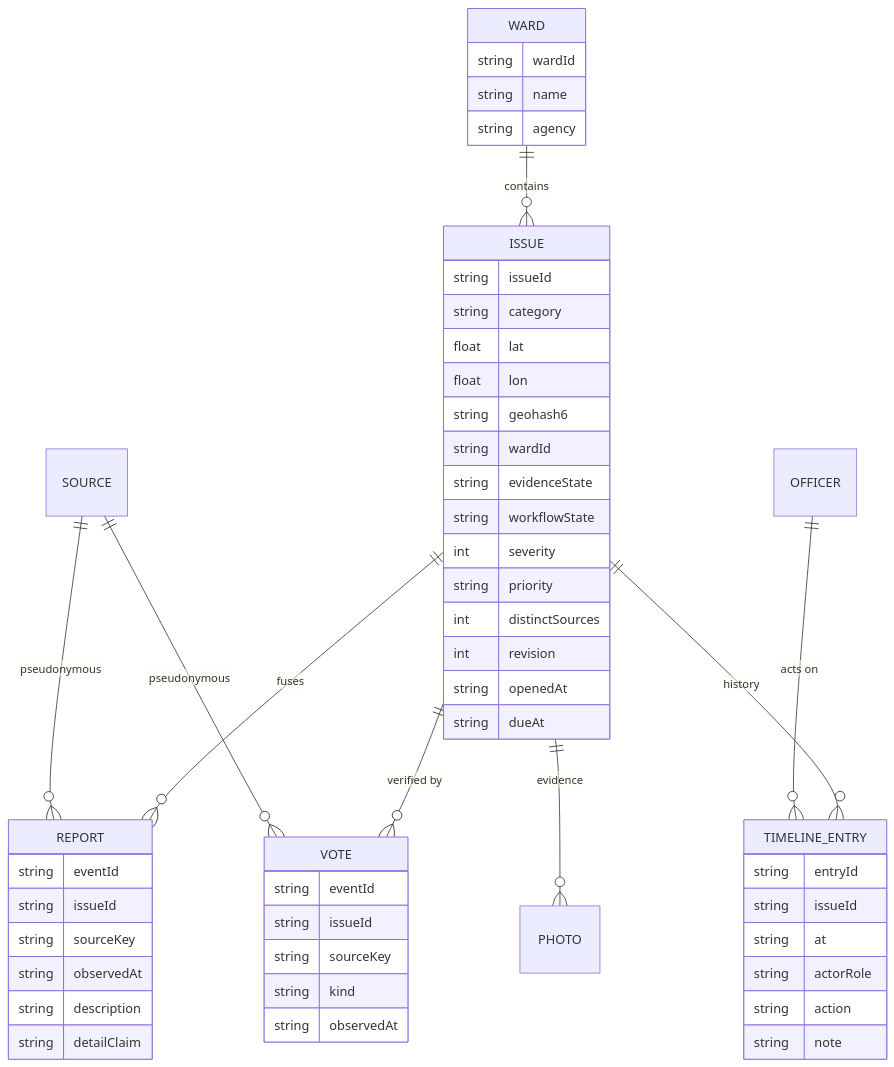
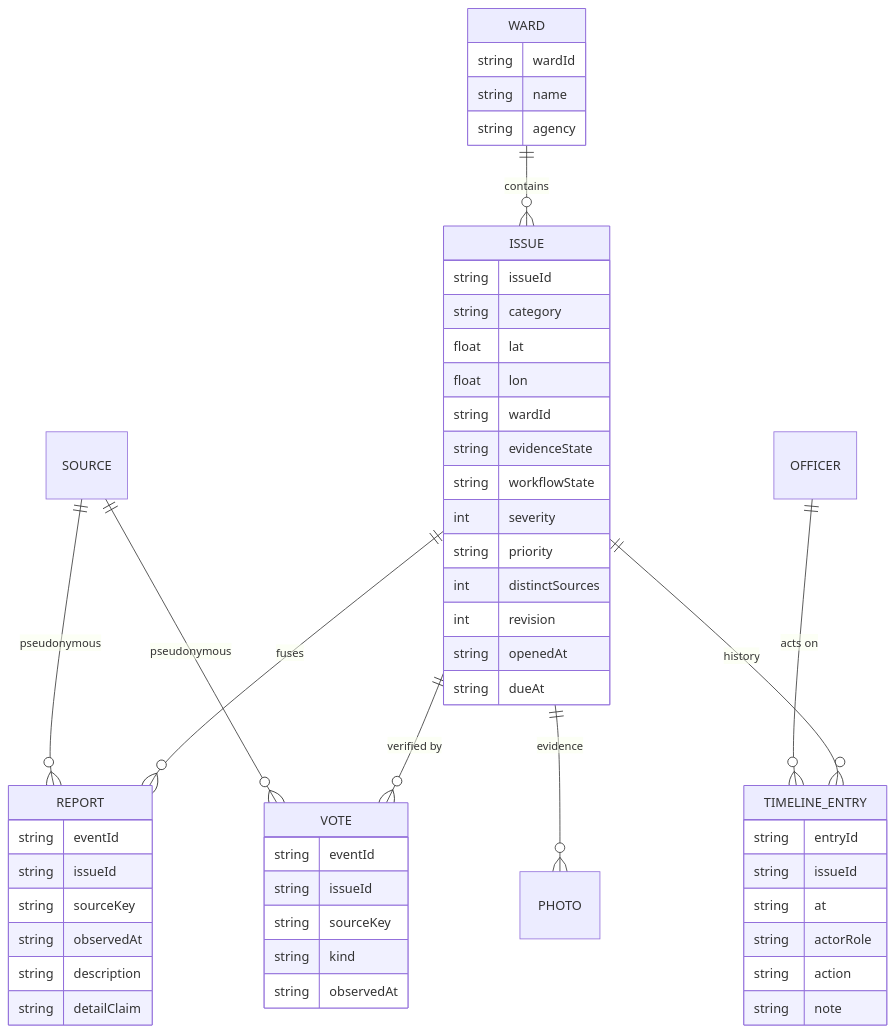
Diagram 13 of 15 in README.md (4-thkind/Kestrel), drawn with Mermaid before and after one commit. The commit also changed other lines of this file, not shown here.

````diff
--- a/README.md
+++ b/README.md
@@ -472,56 +514,55 @@
 ```mermaid
 erDiagram
   WARD ||--o{ ISSUE : contains
   ISSUE ||--o{ REPORT : "fuses"
   ISSUE ||--o{ VOTE : "verified by"
   ISSUE ||--o{ TIMELINE_ENTRY : "history"
   ISSUE ||--o{ PHOTO : "evidence"
   SOURCE ||--o{ REPORT : "pseudonymous"
   SOURCE ||--o{ VOTE : "pseudonymous"
   OFFICER ||--o{ TIMELINE_ENTRY : "acts on"
 
   ISSUE {
     string issueId
     string category
     float lat
     float lon
-    string geohash6
     string wardId
     string evidenceState
     string workflowState
     int severity
     string priority
     int distinctSources
     int revision
     string openedAt
     string dueAt
   }
   REPORT {
     string eventId
     string issueId
     string sourceKey
     string observedAt
     string description
     string detailClaim
   }
   VOTE {
     string eventId
     string issueId
     string sourceKey
     string kind
     string observedAt
   }
   TIMELINE_ENTRY {
     string entryId
     string issueId
     string at
     string actorRole
     string action
     string note
   }
   WARD {
     string wardId
     string name
     string agency
   }
 ```
````
